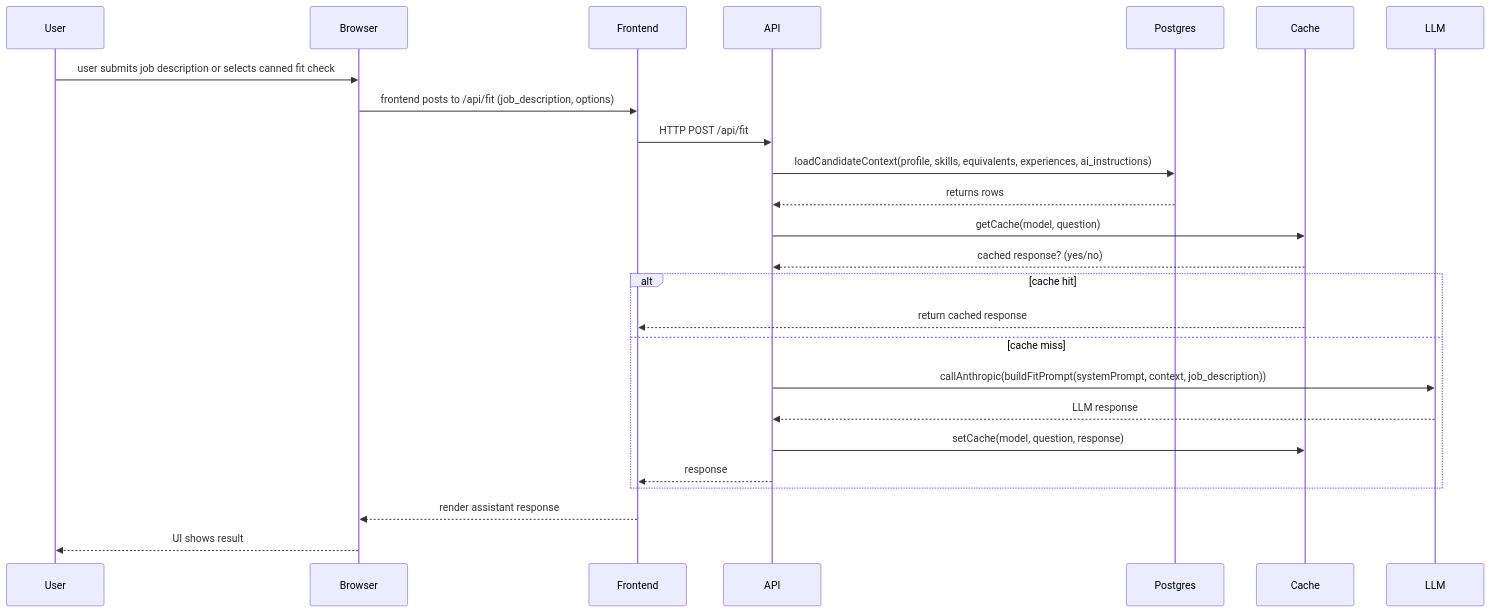
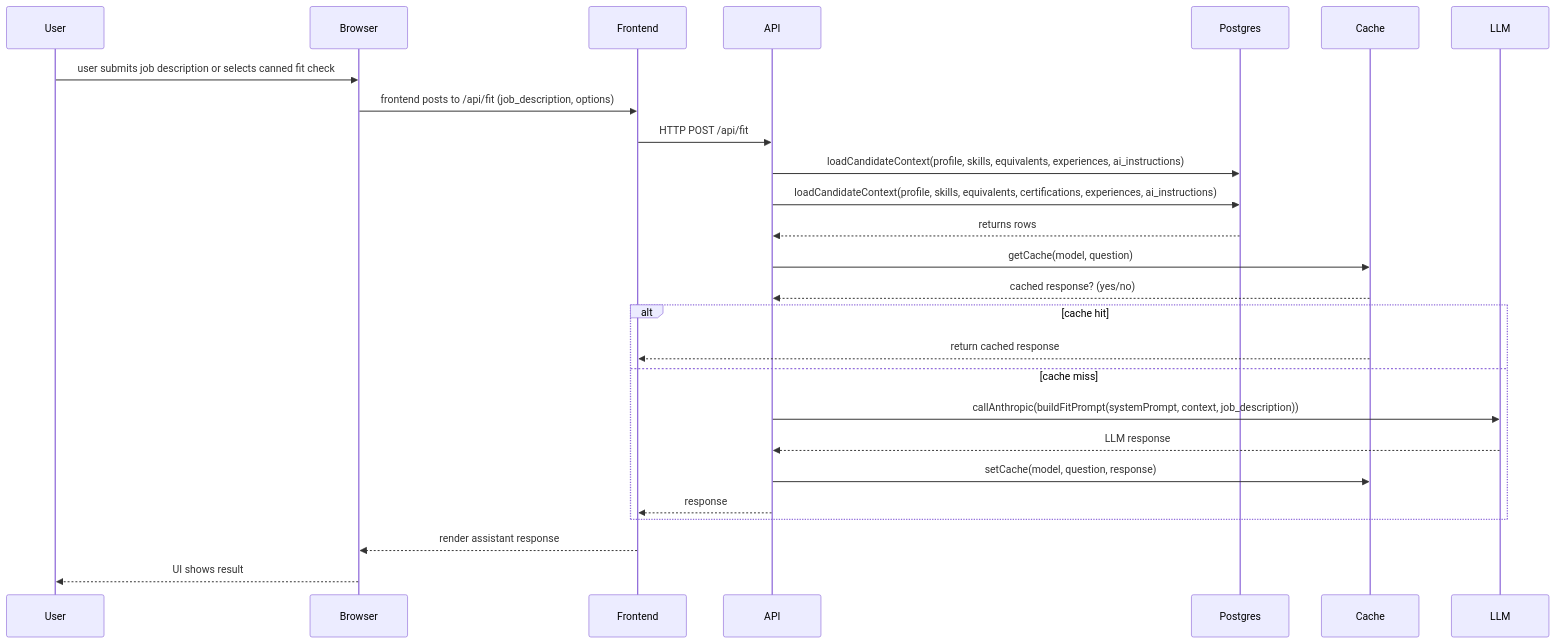
One commit to devgoon/me changed the fourth of 5 diagrams in docs/DESIGN.md. Above: the diagram before and after it, drawn with Mermaid. The commit also changed other lines of this file and 3 other files, not shown here.

````diff
--- a/docs/DESIGN.md
+++ b/docs/DESIGN.md
@@ -102,28 +99,29 @@
 ```mermaid
 sequenceDiagram
   participant U as User
   participant B as Browser
   participant F as Frontend
   participant A as API
   participant DB as Postgres
   participant C as Cache
   participant L as LLM
 
   U->>B: user submits job description or selects canned fit check
   B->>F: frontend posts to /api/fit (job_description, options)
   F->>A: HTTP POST /api/fit
   A->>DB: loadCandidateContext(profile, skills, equivalents, experiences, ai_instructions)
+  A->>DB: loadCandidateContext(profile, skills, equivalents, certifications, experiences, ai_instructions)
   DB-->>A: returns rows
   A->>C: getCache(model, question)
   C-->>A: cached response? (yes/no)
   alt cache hit
     C-->>F: return cached response
   else cache miss
     A->>L: callAnthropic(buildFitPrompt(systemPrompt, context, job_description))
     L-->>A: LLM response
     A->>C: setCache(model, question, response)
     A-->>F: response
   end
   F-->>B: render assistant response
   B-->>U: UI shows result
 ```
````
